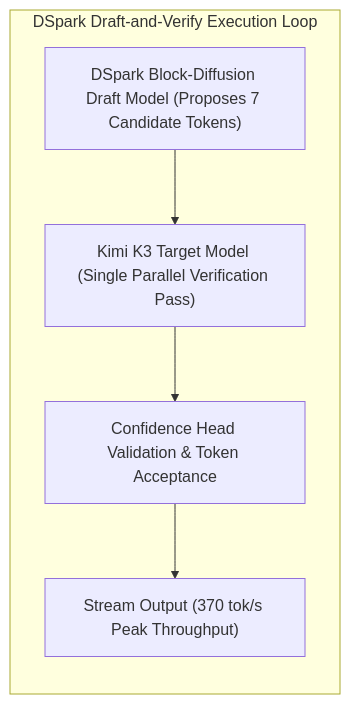
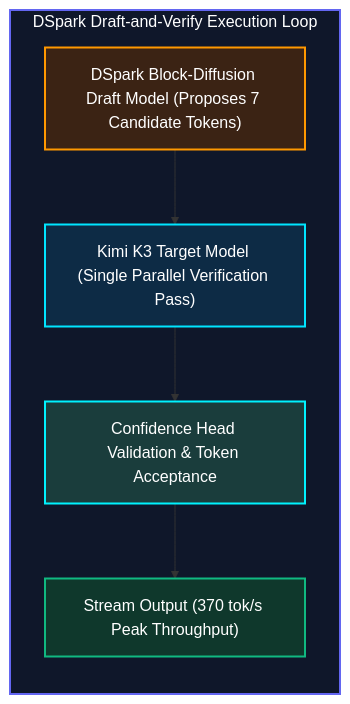
Before and after one commit to narenandu/narenvadapalli_dot_com: the fourth of 4 diagrams in contents/blog/0066-hosting-kimi-k3-vllm/index.md, drawn with Mermaid. The commit also changed other lines of this file, not shown here.

Commit message:
style: add rich dark-mode fill colors to Mermaid diagrams and collapse Python script in Kimi K3 hosting post

````diff
--- a/contents/blog/0066-hosting-kimi-k3-vllm/index.md
+++ b/contents/blog/0066-hosting-kimi-k3-vllm/index.md
@@ -126,9 +143,15 @@
 ```mermaid
 flowchart TD
     subgraph DSparkLoop["DSpark Draft-and-Verify Execution Loop"]
         direction TB
         D1["DSpark Block-Diffusion Draft Model (Proposes 7 Candidate Tokens)"] --> D2["Kimi K3 Target Model (Single Parallel Verification Pass)"]
         D2 --> D3["Confidence Head Validation & Token Acceptance"]
         D3 --> D4["Stream Output (370 tok/s Peak Throughput)"]
     end
+
+    style DSparkLoop fill:#0f172a,stroke:#6366f1,stroke-width:2px,color:#ffffff;
+    style D1 fill:#3b2314,stroke:#ff9800,stroke-width:2px,color:#ffffff;
+    style D2 fill:#0d2b45,stroke:#00e5ff,stroke-width:2px,color:#ffffff;
+    style D3 fill:#1a3d3c,stroke:#00f2fe,stroke-width:2px,color:#ffffff;
+    style D4 fill:#0f382c,stroke:#10b981,stroke-width:2px,color:#ffffff;
 ```
````
